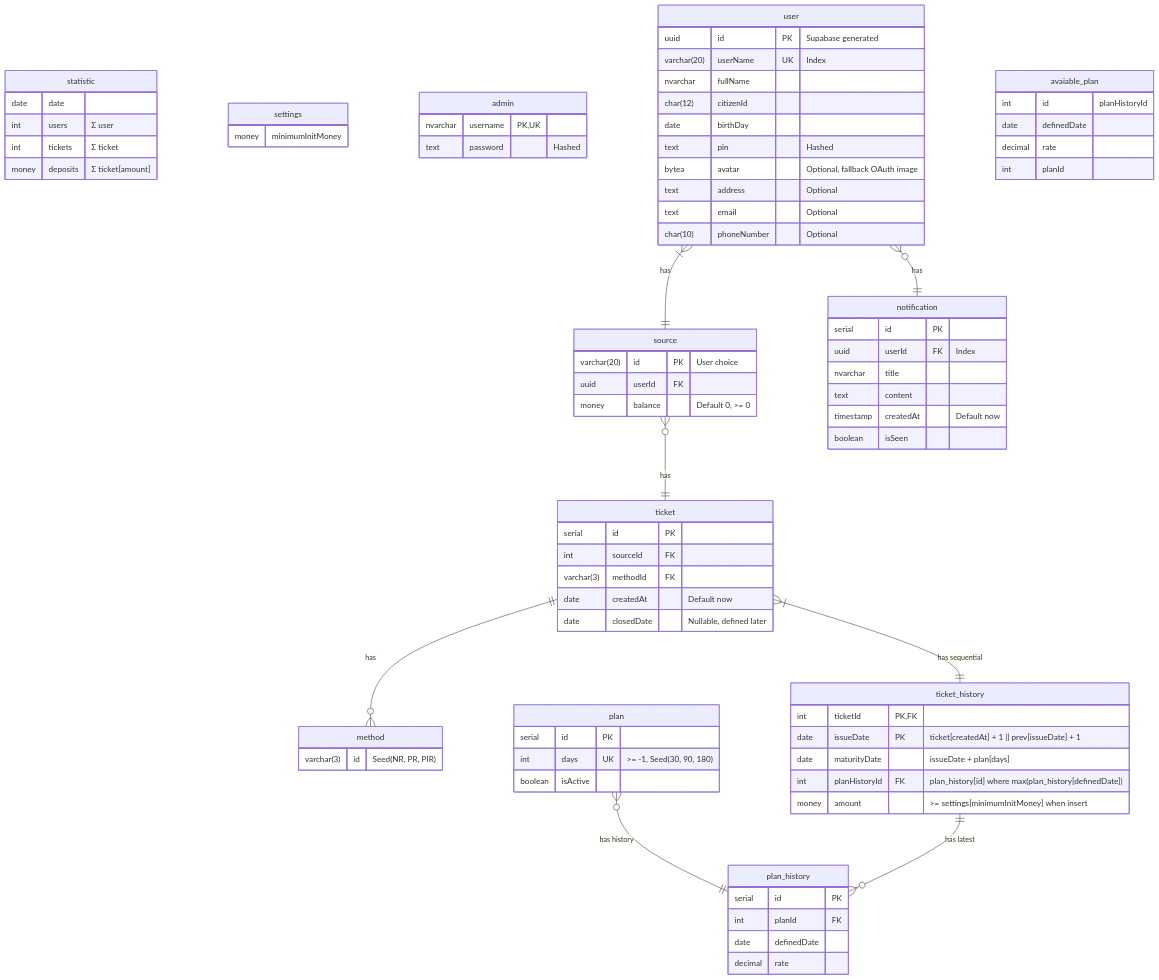
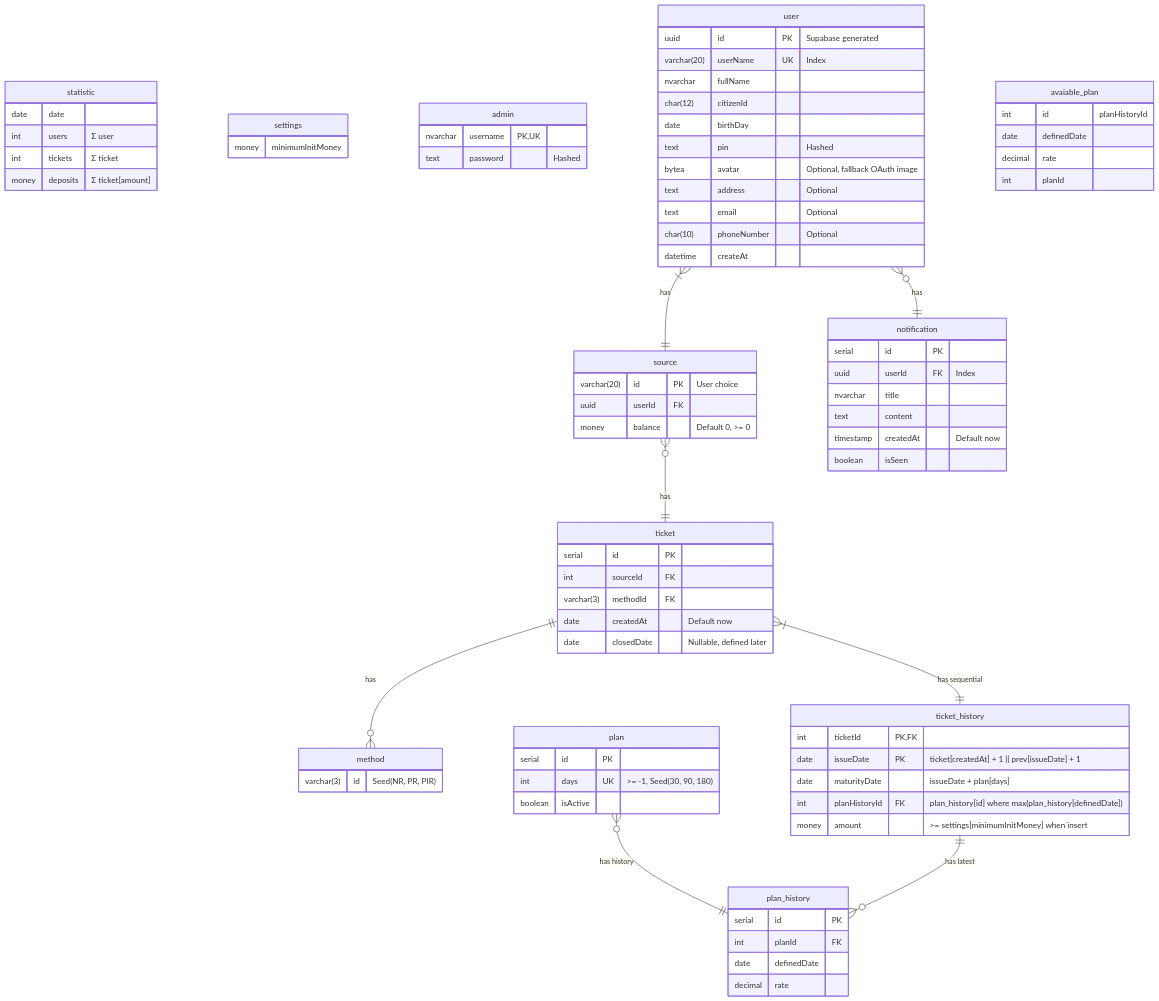
One commit to coinhub-uit/coinhub-uit.github.io changed the diagram in docs/diagrams/database.md. Above: the diagram before and after it, drawn with Mermaid.

Commit message:
feat(db): createAt field in user

```diff
--- a/docs/diagrams/database.md
+++ b/docs/diagrams/database.md
@@ -33,6 +33,7 @@
     text address "Optional"
     text email "Optional"
     char(10) phoneNumber "Optional"
+    datetime createAt
   }
 
   source {
```
